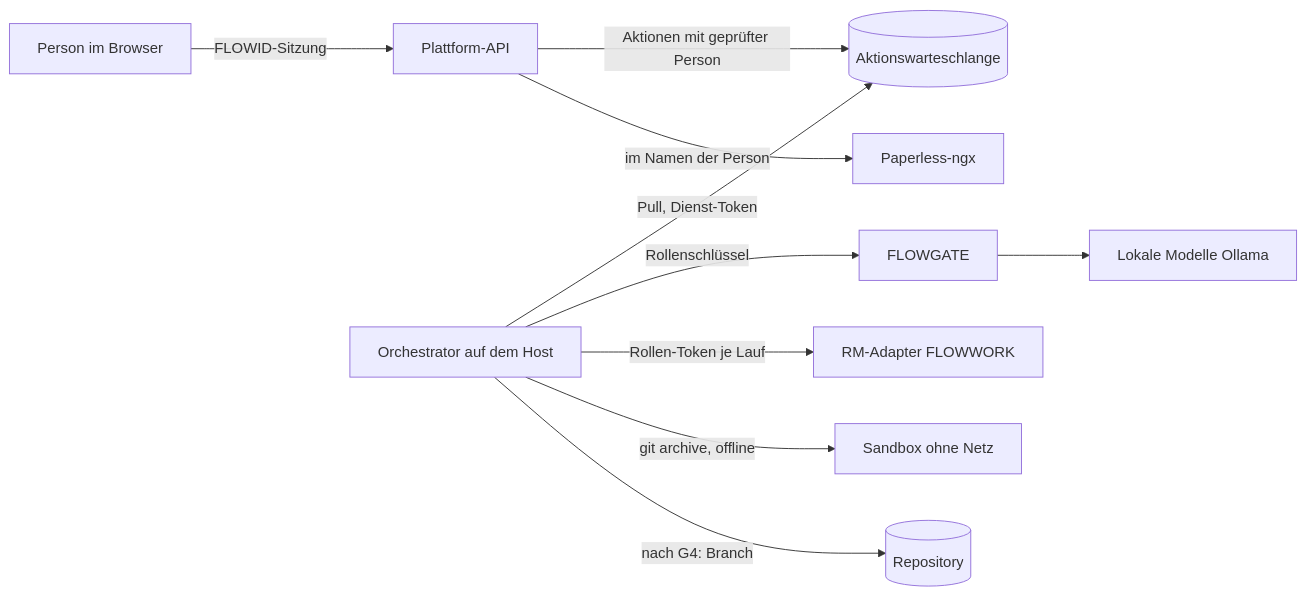
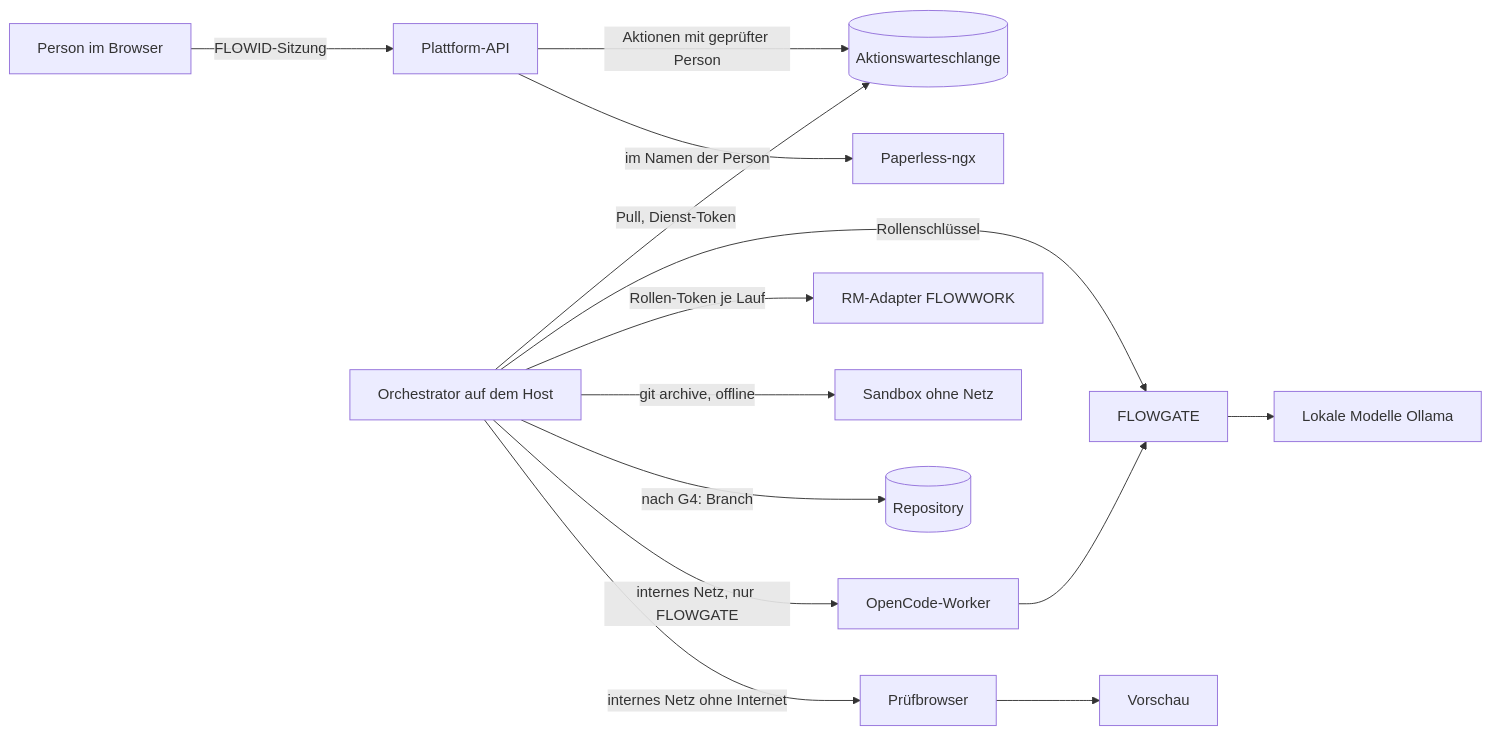
One commit to BasKjell/ERP_Eigenbau changed the diagram in docs/agents/sicherheitskonzept.md. Above: the diagram before and after it, drawn with Mermaid. The commit also changed other lines of this file and 14 other files, not shown here.

````diff
--- a/docs/agents/sicherheitskonzept.md
+++ b/docs/agents/sicherheitskonzept.md
@@ -45,11 +46,14 @@
 ```mermaid
 flowchart LR
   P[Person im Browser] -->|FLOWID-Sitzung| API[Plattform-API]
   API -->|Aktionen mit geprüfter Person| Q[(Aktionswarteschlange)]
   O[Orchestrator auf dem Host] -->|Pull, Dienst-Token| Q
   O -->|Rollenschlüssel| GW[FLOWGATE] --> M[Lokale Modelle Ollama]
   O -->|Rollen-Token je Lauf| RM[RM-Adapter FLOWWORK]
   O -->|git archive, offline| SB[Sandbox ohne Netz]
   O -->|nach G4: Branch| R[(Repository)]
+  O -->|internes Netz, nur FLOWGATE| OC[OpenCode-Worker]
+  OC --> GW
+  O -->|internes Netz ohne Internet| UI[Prüfbrowser] --> V[Vorschau]
   API -->|im Namen der Person| PL[Paperless-ngx]
 ```
````
